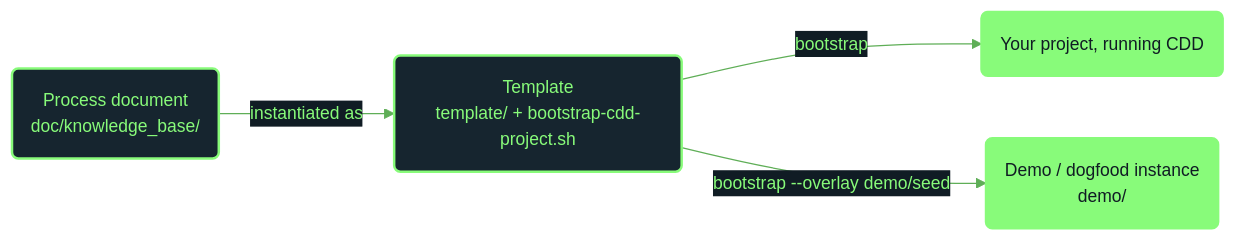
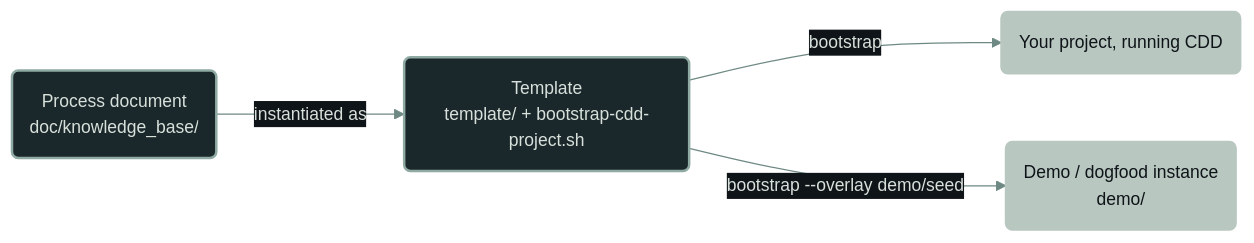
One commit to drabaioli/cdd changed the second of 2 diagrams in README.md. Above: the diagram before and after it, drawn with Mermaid. The commit also changed other lines of this file, not shown here.

First line of the commit message:
README: rework Mermaid palette (mermaid-image teal) + label padding

````diff
--- a/README.md
+++ b/README.md
@@ -57,15 +57,15 @@
 ```mermaid
-%%{init: {'theme':'base', 'themeVariables': {'background':'#101c24', 'primaryColor':'#16252f', 'primaryTextColor':'#88fb7a', 'primaryBorderColor':'#88fb7a', 'lineColor':'#5fae57', 'textColor':'#a9d6a0', 'edgeLabelBackground':'#101c24', 'fontFamily':'ui-monospace, SFMono-Regular, Menlo, monospace', 'fontSize':'14px'}, 'flowchart': {'curve':'basis'}}}%%
+%%{init: {'theme':'base', 'themeVariables': {'background':'#0e1417', 'primaryColor':'#1b282b', 'primaryTextColor':'#d7e0db', 'primaryBorderColor':'#8fa9a3', 'lineColor':'#6e8983', 'textColor':'#c4d2cd', 'edgeLabelBackground':'#0e1417', 'fontFamily':'Poppins, Verdana, Helvetica, Arial, sans-serif', 'fontSize':'14px'}, 'flowchart': {'curve':'basis', 'padding':14, 'nodeSpacing':55, 'rankSpacing':60}}}%%
 flowchart LR
     PD("Process document<br>doc/knowledge_base/"):::layer
     T("Template<br>template/ + bootstrap-cdd-project.sh"):::layer
     NEW("Your project, running CDD"):::out
     DEMO("Demo / dogfood instance<br>demo/"):::out
 
-    PD -->|"instantiated as"| T
-    T -->|"bootstrap"| NEW
-    T -->|"bootstrap --overlay demo/seed"| DEMO
+    PD -->|"  instantiated as  "| T
+    T -->|"  bootstrap  "| NEW
+    T -->|"  bootstrap --overlay demo/seed  "| DEMO
 
-    classDef layer fill:#16252f,stroke:#88fb7a,color:#88fb7a,stroke-width:2px
-    classDef out fill:#88fb7a,stroke:#88fb7a,color:#101c24,stroke-width:2px
+    classDef layer fill:#1b282b,stroke:#8fa9a3,color:#d7e0db,stroke-width:2px
+    classDef out fill:#b9c7c1,stroke:#b9c7c1,color:#0e1417,stroke-width:2px
 ```
````
